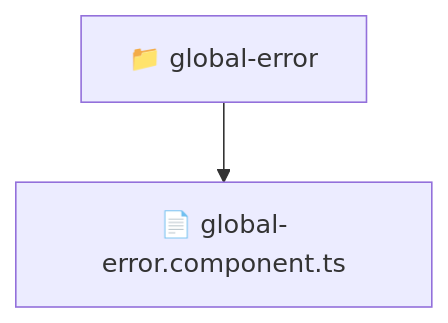
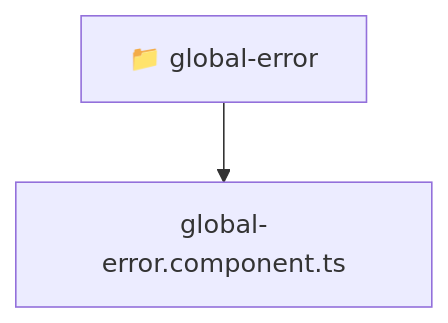
One commit to beginwebdev2002/fullstack-mavluda changed the diagram in frontend/src/shared/ui/global-error/README.md. Above: the diagram before and after it, drawn with Mermaid. The commit also changed other lines of this file and 167 other files, not shown here.

````diff
--- a/frontend/src/shared/ui/global-error/README.md
+++ b/frontend/src/shared/ui/global-error/README.md
@@ -11,5 +11,6 @@
 ```mermaid
 graph TD
-  Root["📁 global-error"]
-  Root --> global_error_component_ts["📄 global-error.component.ts"]
+  Root_global_error["📁 global-error"]
+  f_global_error_component_ts["global-error.component.ts"]
+  Root_global_error --> f_global_error_component_ts
 ```
````
